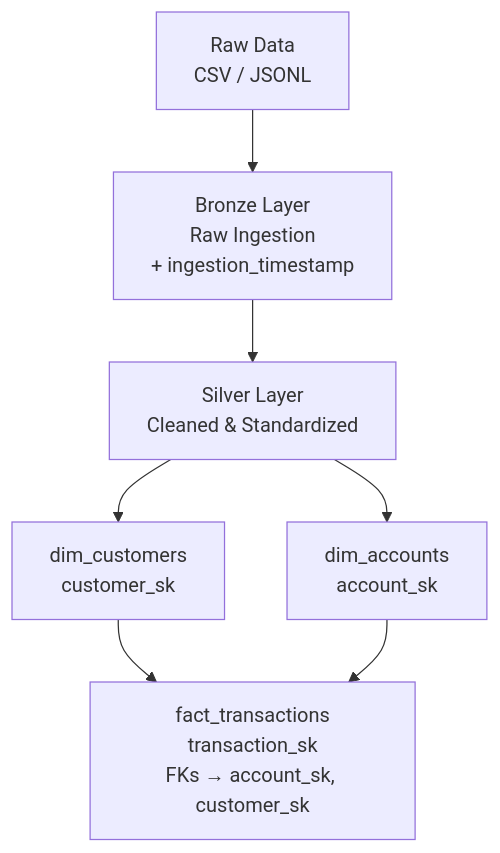
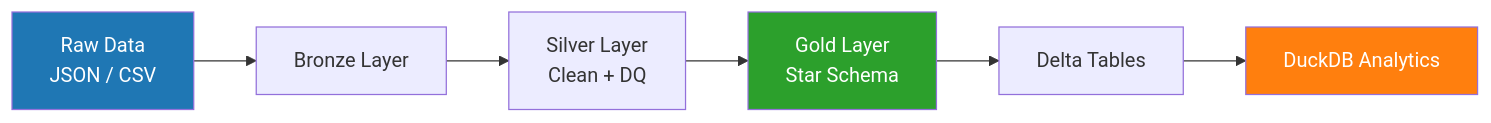
The diagram in README.md (sandorvas/nedbank-data-engineering-challenge), drawn with Mermaid before and after one commit. The commit also changed other lines of this file and 1 other file, not shown here.

Commit message:
Refactor README and add Gold pipeline with Delta + validation

````diff
--- a/README.md
+++ b/README.md
@@ -30,41 +24,14 @@
 ```mermaid
-flowchart TD
+flowchart LR
 
-    %% =========================
-    %% INPUT
-    %% =========================
-    A[Raw Data<br/>CSV / JSONL]
+    A[Raw Data<br/>JSON / CSV] --> B[Bronze Layer]
+    B --> C[Silver Layer<br/>Clean + DQ]
+    C --> D[Gold Layer<br/>Star Schema]
 
-    %% =========================
-    %% BRONZE
-    %% =========================
-    B[Bronze Layer<br/>Raw Ingestion<br/>+ ingestion_timestamp]
+    D --> E[Delta Tables]
+    E --> F[DuckDB Analytics]
 
-    %% =========================
-    %% SILVER
-    %% =========================
-    C[Silver Layer<br/>Cleaned & Standardized]
-
-    %% =========================
-    %% GOLD DIMENSIONS
-    %% =========================
-    D1[dim_customers<br/>customer_sk]
-    D2[dim_accounts<br/>account_sk]
-
-    %% =========================
-    %% GOLD FACT
-    %% =========================
-    F[fact_transactions<br/>transaction_sk<br/>FKs → account_sk, customer_sk]
-
-    %% =========================
-    %% FLOW
-    %% =========================
-    A --> B
-    B --> C
-
-    C --> D1
-    C --> D2
-
-    D1 --> F
-    D2 --> F
+    style A fill:#1f77b4,color:#fff
+    style D fill:#2ca02c,color:#fff
+    style F fill:#ff7f0e,color:#fff
 ```
````
